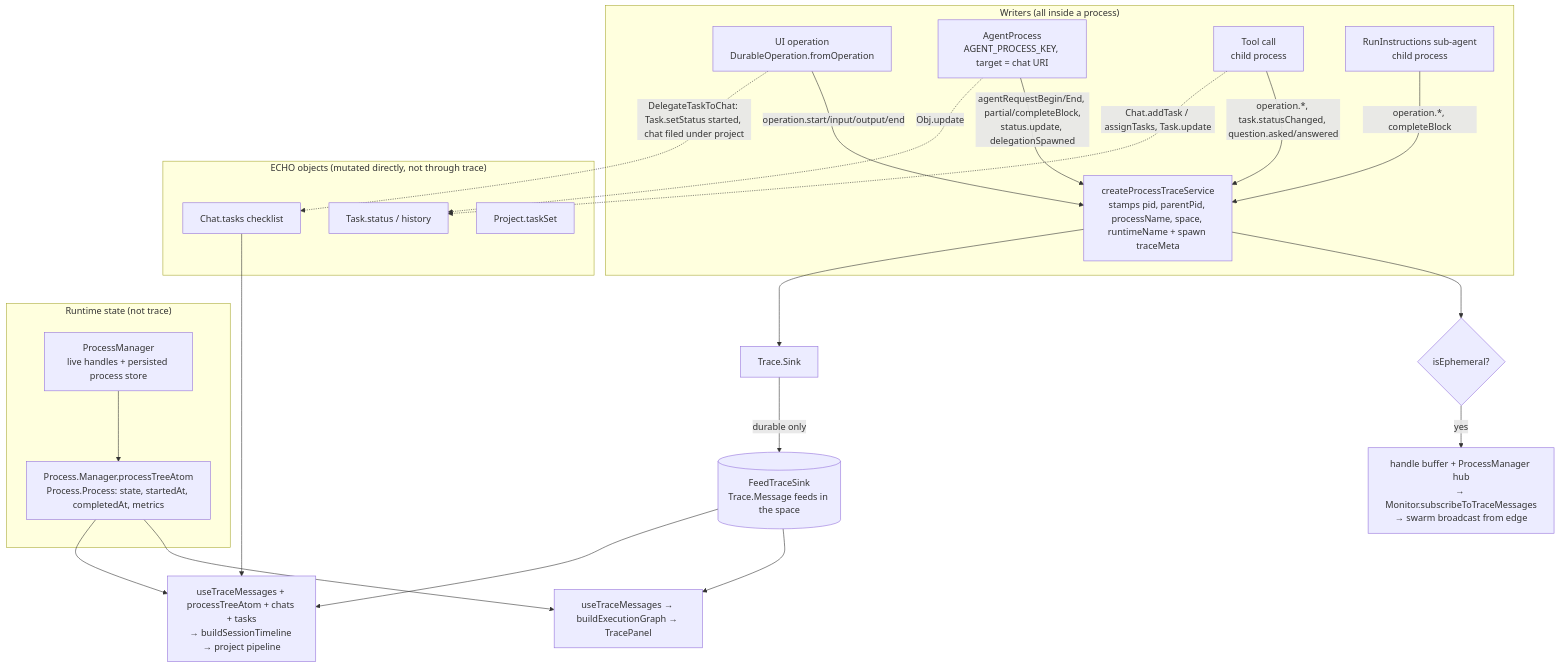
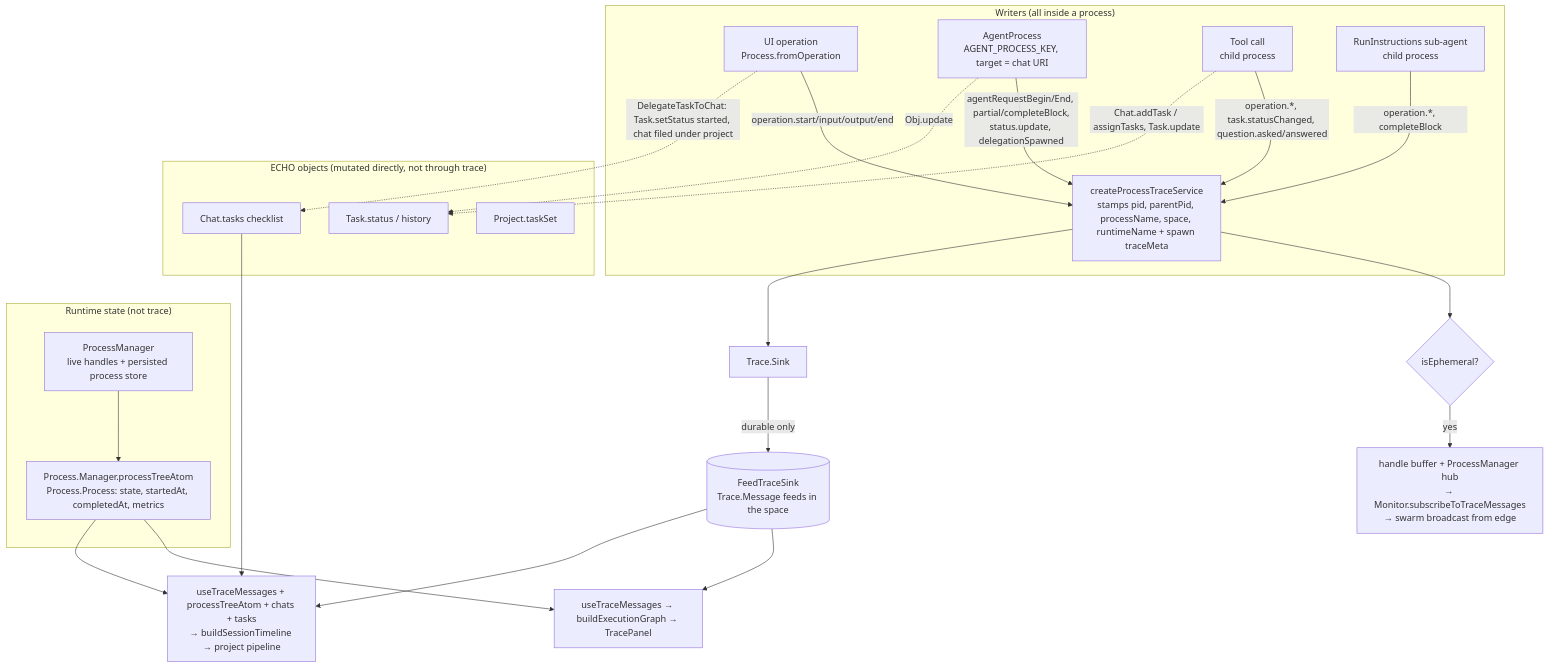
Before and after one commit to dxos/dxos: the third of 9 diagrams in packages/plugins/plugin-assistant/docs/ACTIVITY.md, drawn with Mermaid. The commit also changed other lines of this file and 23 other files, not shown here.

First line of the commit message:
compute: move the process invoker back to compute-runtime; drop DurableOperation

````diff
--- a/packages/plugins/plugin-assistant/docs/ACTIVITY.md
+++ b/packages/plugins/plugin-assistant/docs/ACTIVITY.md
@@ -171,29 +171,29 @@
 ```mermaid
 flowchart TB
   subgraph writers["Writers (all inside a process)"]
-    UI[UI operation<br/>DurableOperation.fromOperation] -->|operation.start/input/output/end| TS
+    UI[UI operation<br/>Process.fromOperation] -->|operation.start/input/output/end| TS
     AG["AgentProcess<br/>AGENT_PROCESS_KEY, target = chat URI"] -->|"agentRequestBegin/End, partial/completeBlock,<br/>status.update, delegationSpawned"| TS
     TOOL[Tool call<br/>child process] -->|"operation.*, task.statusChanged, question.asked/answered"| TS
     SUB[RunInstructions sub-agent<br/>child process] -->|"operation.*, completeBlock"| TS
   end
   TS["createProcessTraceService<br/>stamps pid, parentPid, processName, space, runtimeName + spawn traceMeta"] --> EPH
   TS --> SINK
   EPH{isEphemeral?} -->|yes| HUB["handle buffer + ProcessManager hub<br/>→ Monitor.subscribeToTraceMessages<br/>→ swarm broadcast from edge"]
   SINK[Trace.Sink] -->|durable only| FEED[("FeedTraceSink<br/>Trace.Message feeds in the space")]
   subgraph state["Runtime state (not trace)"]
     PM["ProcessManager<br/>live handles + persisted process store"] --> MON["Process.Manager.processTreeAtom<br/>Process.Process: state, startedAt, completedAt, metrics"]
   end
   subgraph objects["ECHO objects (mutated directly, not through trace)"]
     CHAT[Chat.tasks checklist]
     TASK[Task.status / history]
     PROJ[Project.taskSet]
   end
   AG -.->|Obj.update| TASK
   TOOL -.->|"Chat.addTask / assignTasks, Task.update"| TASK
   UI -.->|"DelegateTaskToChat: Task.setStatus started, chat filed under project"| CHAT
   FEED --> R1[useTraceMessages → buildExecutionGraph → TracePanel]
   FEED --> R2["useTraceMessages + processTreeAtom + chats + tasks<br/>→ buildSessionTimeline → project pipeline"]
   MON --> R1
   MON --> R2
   CHAT --> R2
 ```
````
